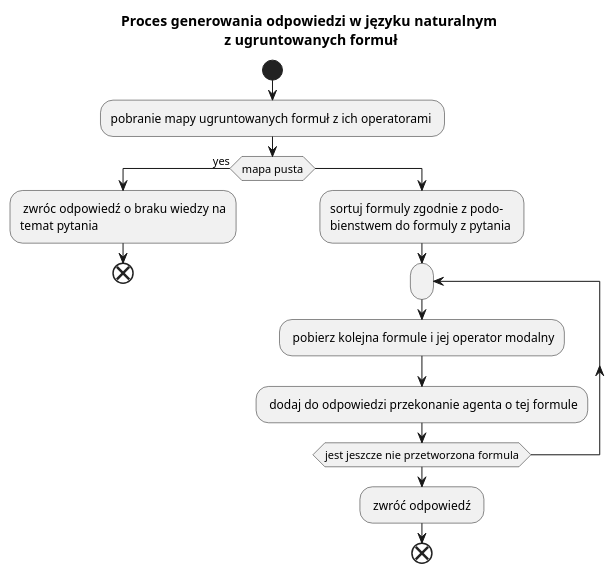
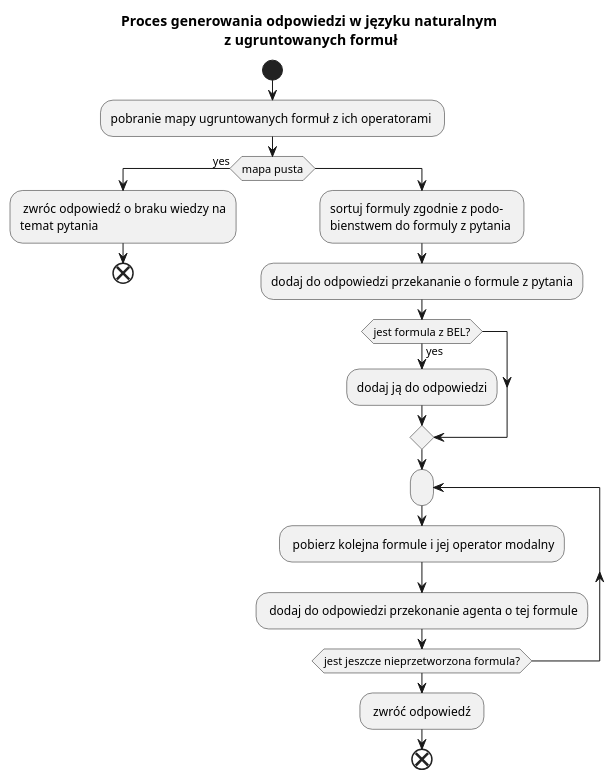
Before and after one commit to gkostkowski/ModalCommLangGrunding: the diagram in diagrams/answering_activity.puml, drawn with PlantUML. The commit also changed 6 other files, not shown here.

Commit message:
diagramy i małe poprawki w dokumentacji

```diff
--- a/diagrams/answering_activity.puml
+++ b/diagrams/answering_activity.puml
@@ -1,20 +1,24 @@
 @startuml
 
 title Proces generowania odpowiedzi w języku naturalnym \nz ugruntowanych formuł
 start
 :pobranie mapy ugruntowanych formuł z ich operatorami ;
 if (mapa pusta) then (yes)
     : zwróc odpowiedź o braku wiedzy na
     temat pytania;
     end
 else
 :sortuj formuly zgodnie z podo-
 bienstwem do formuly z pytania ;
+:dodaj do odpowiedzi przekananie o formule z pytania;
+if(jest formula z BEL?) then (yes)
+:dodaj ją do odpowiedzi;
+endif
 repeat:
     : pobierz kolejna formule i jej operator modalny;
     : dodaj do odpowiedzi przekonanie agenta o tej formule;
 
-repeat while (jest jeszcze nie przetworzona formula)
+repeat while (jest jeszcze nieprzetworzona formula?)
 : zwróć odpowiedź ;
 end
 @enduml
```
